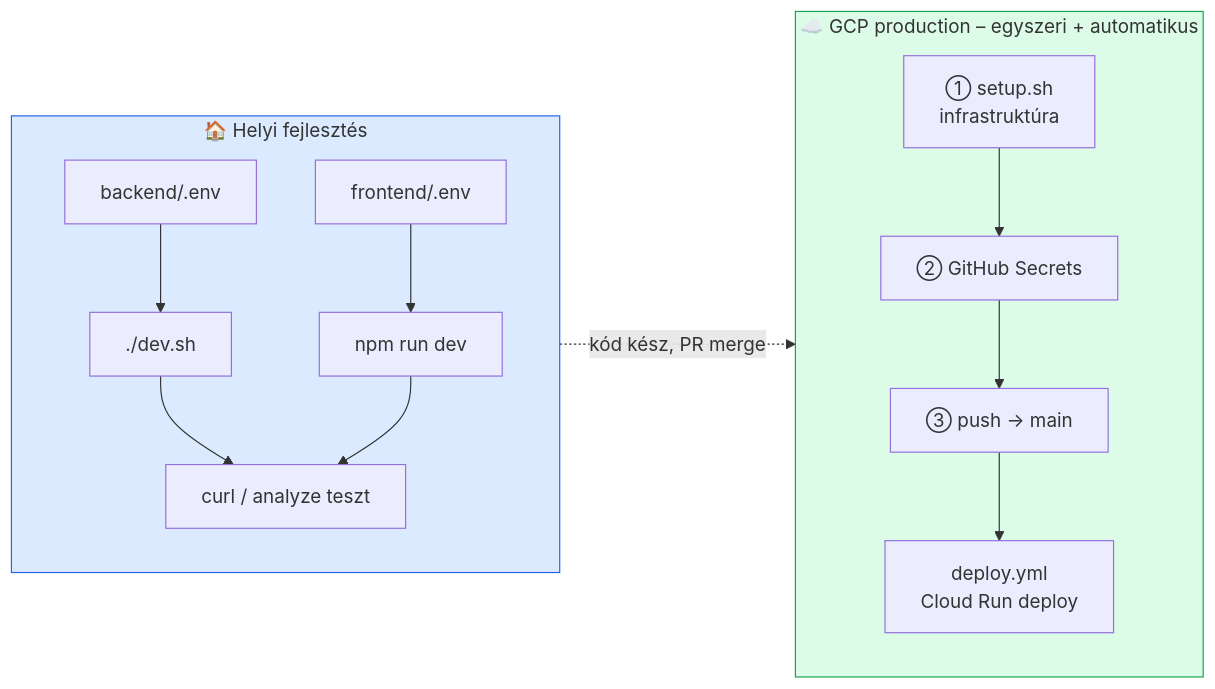
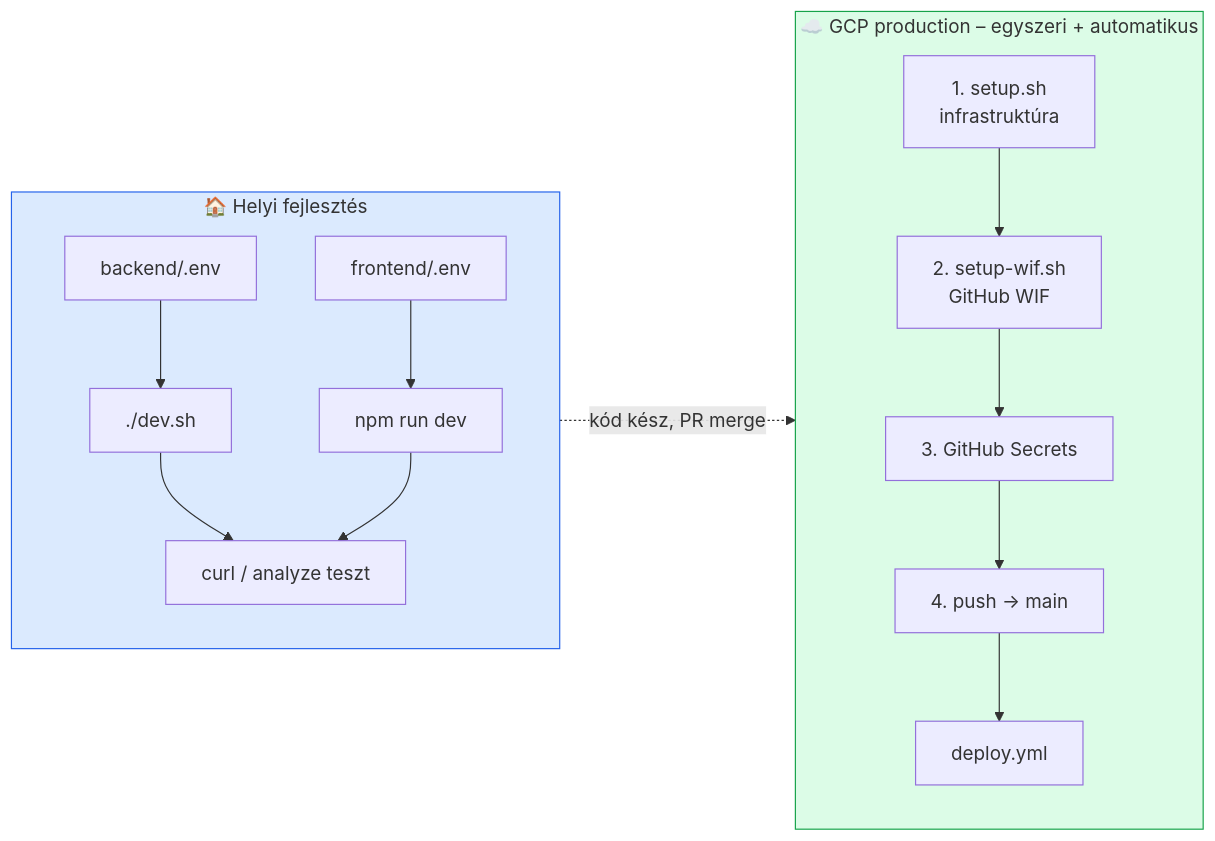
One commit to cloudsteak/trn-gcp-ai-contract-analyzer changed the third of 3 diagrams in README.md. Above: the diagram before and after it, drawn with Mermaid. The commit also changed other lines of this file and 5 other files, not shown here.

First line of the commit message:
Enhance README with high-level and detailed architecture diagrams for the contract analysis application, illustrating user interactions and system components. (#2)

````diff
--- a/README.md
+++ b/README.md
@@ -172,22 +208,23 @@
 ```mermaid
 flowchart LR
     subgraph Local["🏠 Helyi fejlesztés"]
         L1["backend/.env"] --> L2["./dev.sh"]
         L3["frontend/.env"] --> L4["npm run dev"]
         L2 --> L5["curl / analyze teszt"]
         L4 --> L5
     end
 
     subgraph GCP["☁️ GCP production – egyszeri + automatikus"]
-        S1["① setup.sh<br/>infrastruktúra"] --> S2["② GitHub Secrets"]
-        S2 --> S3["③ push → main"]
-        S3 --> S4["deploy.yml<br/>Cloud Run deploy"]
+        S1["1. setup.sh<br/>infrastruktúra"] --> S2["2. setup-wif.sh<br/>GitHub WIF"]
+        S2 --> S3["3. GitHub Secrets"]
+        S3 --> S4["4. push → main"]
+        S4 --> S5["deploy.yml"]
     end
 
     Local -.->|"kód kész, PR merge"| GCP
 
     classDef local fill:#DBEAFE,stroke:#2563EB
     classDef gcp fill:#DCFCE7,stroke:#16A34A
     class Local local
     class GCP gcp
 ```
````
